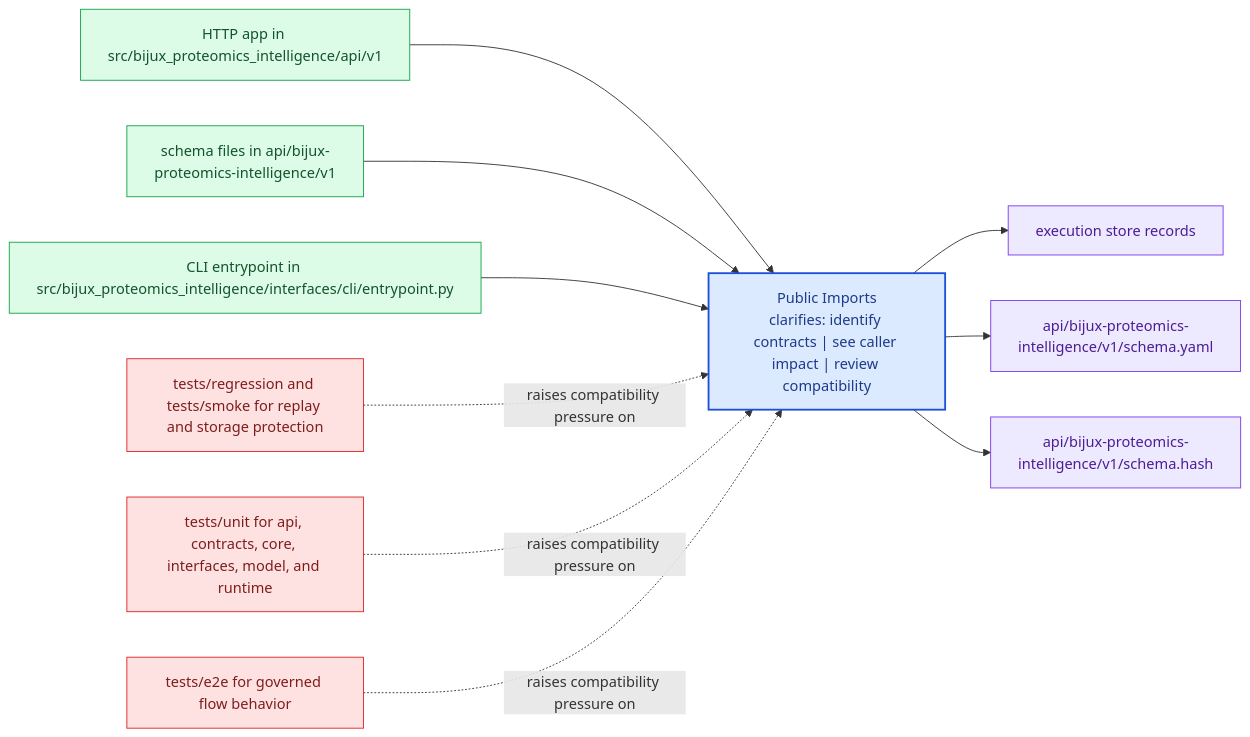
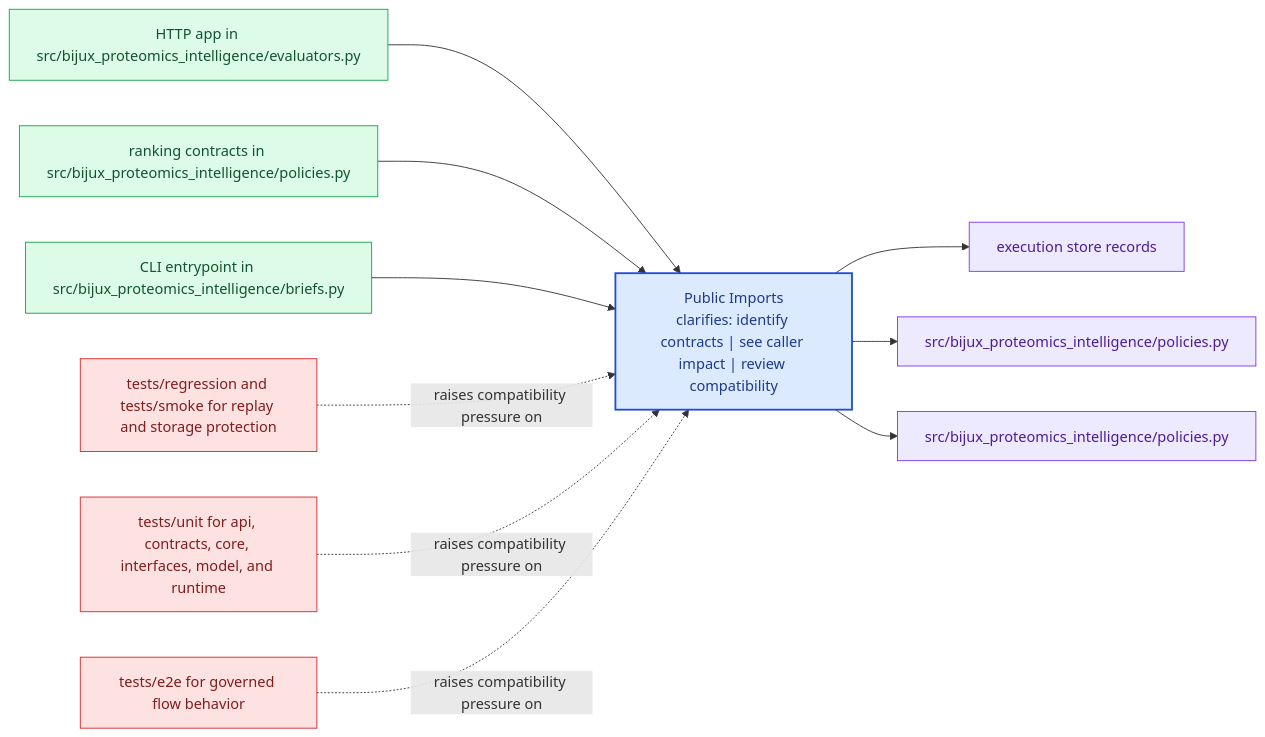
The diagram in docs/bijux-proteomics-intelligence/interfaces/public-imports.md (bijux/bijux-proteomics), drawn with Mermaid before and after one commit. The commit also changed other lines of this file and 24 other files, not shown here.

Commit message:
docs(bijux-proteomics-intelligence): align handbook with ranking and decision responsibilities

````diff
--- a/docs/bijux-proteomics-intelligence/interfaces/public-imports.md
+++ b/docs/bijux-proteomics-intelligence/interfaces/public-imports.md
@@ -23,31 +23,31 @@
 ```mermaid
 flowchart LR
     page["Public Imports<br/>clarifies: identify contracts | see caller impact | review compatibility"]
     classDef page fill:#dbeafe,stroke:#1d4ed8,color:#1e3a8a,stroke-width:2px;
     classDef positive fill:#dcfce7,stroke:#16a34a,color:#14532d;
     classDef caution fill:#fee2e2,stroke:#dc2626,color:#7f1d1d;
     classDef anchor fill:#ede9fe,stroke:#7c3aed,color:#4c1d95;
     classDef action fill:#fef3c7,stroke:#d97706,color:#7c2d12;
-    surface1["HTTP app in src/bijux_proteomics_intelligence/api/v1"]
+    surface1["HTTP app in src/bijux_proteomics_intelligence/evaluators.py"]
     surface1 --> page
-    surface2["schema files in api/bijux-proteomics-intelligence/v1"]
+    surface2["ranking contracts in src/bijux_proteomics_intelligence/policies.py"]
     surface2 --> page
-    surface3["CLI entrypoint in src/bijux_proteomics_intelligence/interfaces/cli/entrypoint.py"]
+    surface3["CLI entrypoint in src/bijux_proteomics_intelligence/briefs.py"]
     surface3 --> page
     proof1["execution store records"]
     page --> proof1
-    proof2["api/bijux-proteomics-intelligence/v1/schema.yaml"]
+    proof2["src/bijux_proteomics_intelligence/policies.py"]
     page --> proof2
-    proof3["api/bijux-proteomics-intelligence/v1/schema.hash"]
+    proof3["src/bijux_proteomics_intelligence/policies.py"]
     page --> proof3
     review1["tests/regression and tests/smoke for replay and storage protection"]
     review1 -.raises compatibility pressure on.-> page
     review2["tests/unit for api, contracts, core, interfaces, model, and runtime"]
     review2 -.raises compatibility pressure on.-> page
     review3["tests/e2e for governed flow behavior"]
     review3 -.raises compatibility pressure on.-> page
     class page page;
     class surface1,surface2,surface3 positive;
     class proof1,proof2,proof3 anchor;
     class review1,review2,review3 caution;
 ```
````
